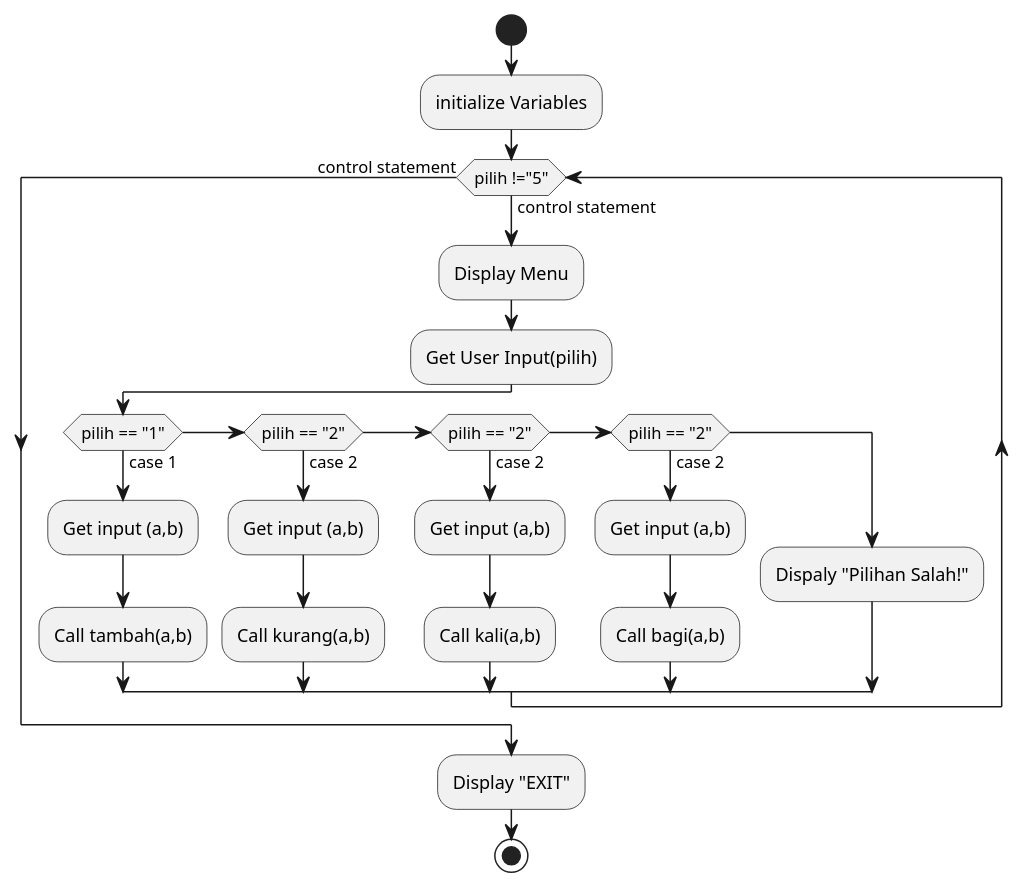
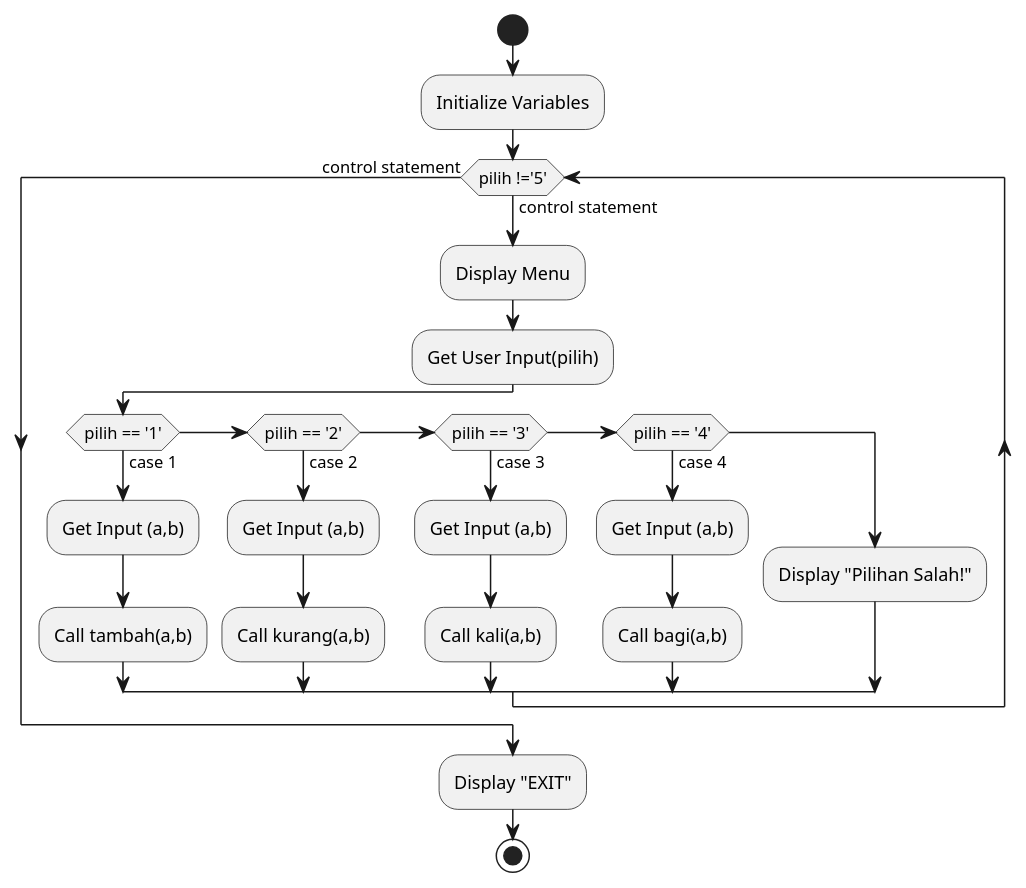
One commit to alfinkhalaj7/bhs_pemrograman changed the diagram in pert5/pert5.puml. Above: the diagram before and after it, drawn with PlantUML. The commit also changed 16 other files, not shown here.

```diff
--- a/pert5/pert5.puml
+++ b/pert5/pert5.puml
@@ -1,26 +1,26 @@
-@startuml pert5
+@startuml Pert5
 start
-:initialize Variables;
-while (pilih !="5") is (control statement)
-    :Display Menu;
-    :Get User Input(pilih);
-    if (pilih == "1") then (case 1)
-        :Get input (a,b);
-        :Call tambah(a,b);
-    else if (pilih == "2") then (case 2)
-        :Get input (a,b);
-        :Call kurang(a,b);
-    else if (pilih == "2") then (case 2)
-        :Get input (a,b);
-        :Call kali(a,b);
-    else if (pilih == "2") then (case 2)
-        :Get input (a,b);
-        :Call bagi(a,b);
-    else
-        :Dispaly "Pilihan Salah!";
-    endif 
+:Initialize Variables;
+while (pilih !='5') is (control statement)
+        :Display Menu;
+        :Get User Input(pilih);
+        if (pilih == '1') then (case 1)
+                :Get Input (a,b);
+                :Call tambah(a,b);
+        else if (pilih == '2') then (case 2)
+                :Get Input (a,b);
+                :Call kurang(a,b);
+        else if (pilih == '3') then (case 3)
+                :Get Input (a,b);
+                :Call kali(a,b);
+        else if (pilih == '4') then (case 4)
+                :Get Input (a,b);
+                :Call bagi(a,b);
+        else
+                :Display "Pilihan Salah!";
+        endif
 endwhile (control statement)
 :Display "EXIT";
 stop
 
 @enduml
```
